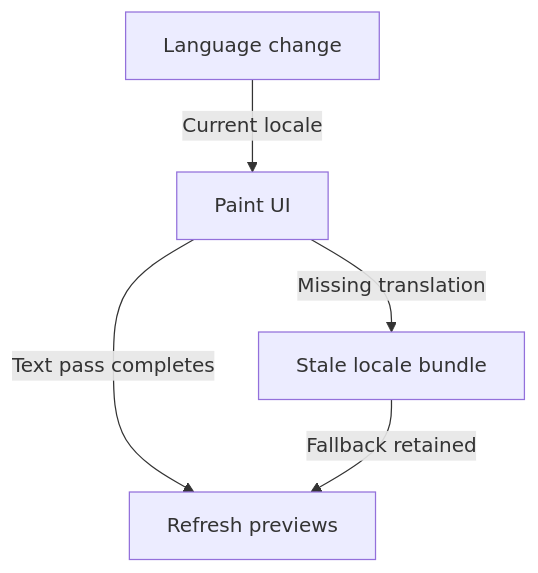
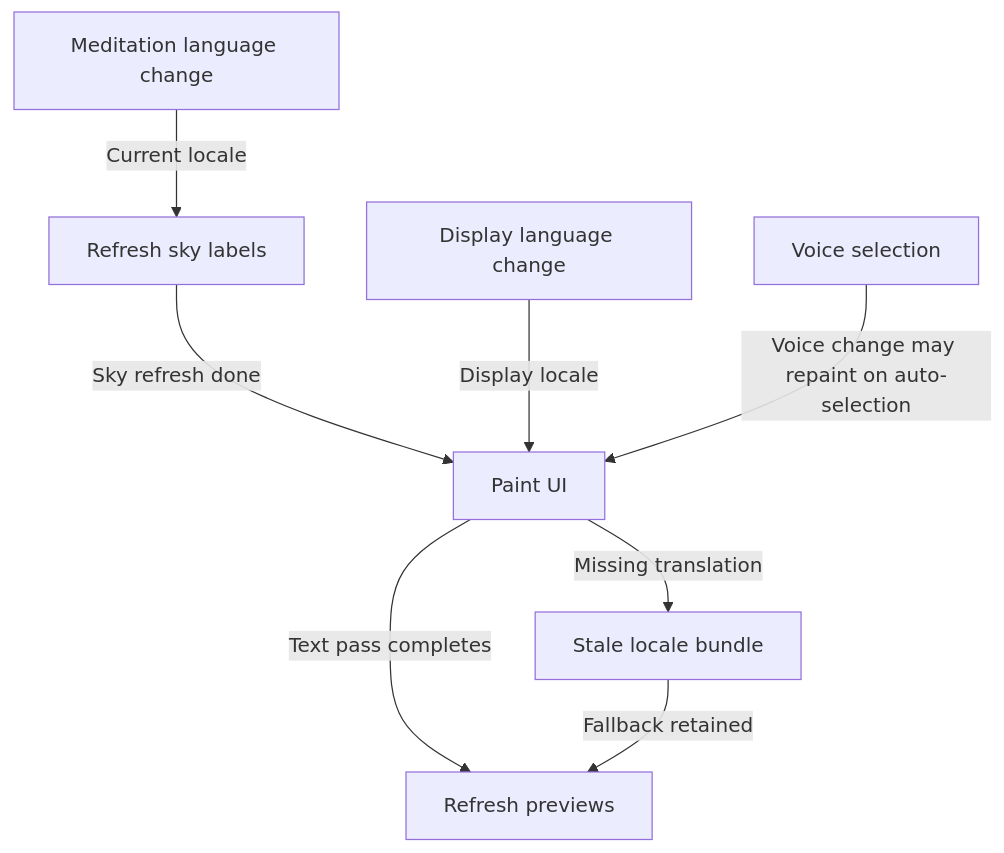
Before and after one commit to missionode/lite: diagram 31 of 44 in docs/app-map/FLOW-REFERENCE.md, drawn with Mermaid. The commit also changed other lines of this file and 103 other files, not shown here.

````diff
--- a/docs/app-map/FLOW-REFERENCE.md
+++ b/docs/app-map/FLOW-REFERENCE.md
@@ -1508,11 +1530,17 @@
 ```mermaid
 flowchart TD
-  language["Language change"]
+  language["Meditation language change"]
+  display["Display language change"]
+  voice["Voice selection"]
+  sky["Refresh sky labels"]
   paint["Paint UI"]
   fallback["Stale locale bundle"]
   summaries["Refresh previews"]
-  language -->|"Current locale"| paint
+  language -->|"Current locale"| sky
+  sky -->|"Sky refresh done"| paint
+  display -->|"Display locale"| paint
+  voice -->|"Voice change may repaint on auto-selection"| paint
   paint -->|"Missing translation"| fallback
   paint -->|"Text pass completes"| summaries
   fallback -->|"Fallback retained"| summaries
 ```
````
